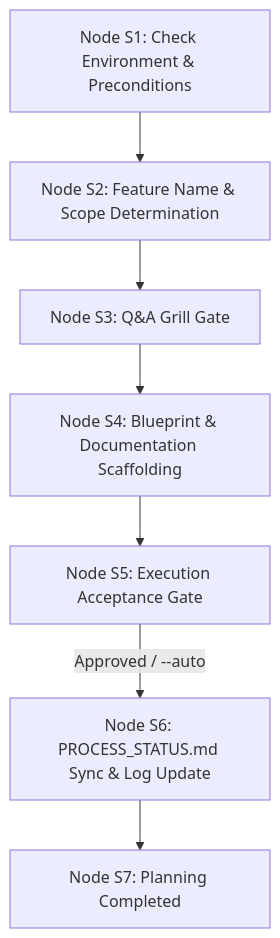
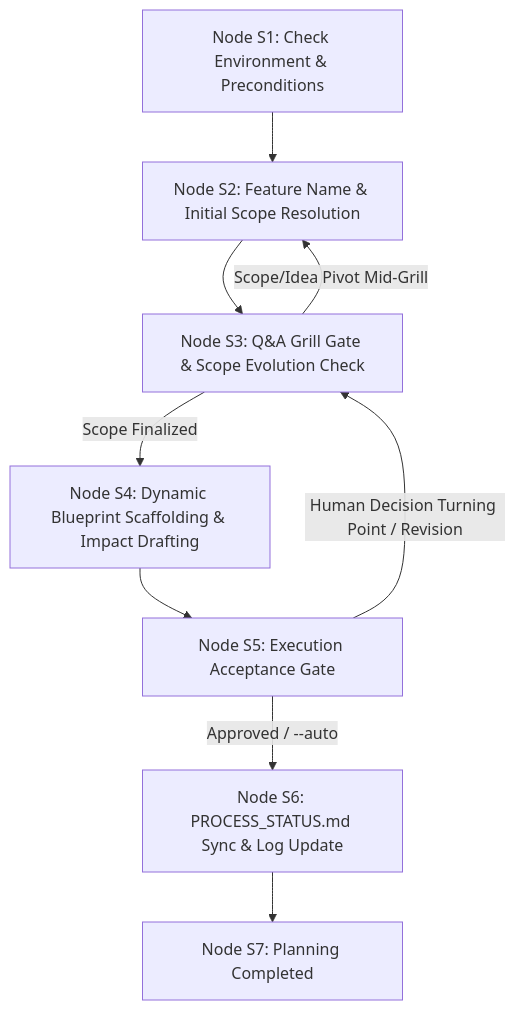
The second of 3 diagrams in fullstack_software_dev/plan/plan_workflow.md (hrvthgergo/agent-driven-templates), drawn with Mermaid before and after one commit. The commit also changed other lines of this file, not shown here.

Commit message:
docs(plan): refine plan_workflow.md with elastic design philosophy, dynamic scope, and taxonomy

````diff
--- a/fullstack_software_dev/plan/plan_workflow.md
+++ b/fullstack_software_dev/plan/plan_workflow.md
@@ -86,9 +114,11 @@
 ```mermaid
 graph TD
-    S1[Node S1: Check Environment & Preconditions] --> S2[Node S2: Feature Name & Scope Determination]
-    S2 --> S3[Node S3: Q&A Grill Gate]
-    S3 --> S4[Node S4: Blueprint & Documentation Scaffolding]
+    S1[Node S1: Check Environment & Preconditions] --> S2[Node S2: Feature Name & Initial Scope Resolution]
+    S2 --> S3[Node S3: Q&A Grill Gate & Scope Evolution Check]
+    S3 -->|Scope/Idea Pivot Mid-Grill| S2
+    S3 -->|Scope Finalized| S4[Node S4: Dynamic Blueprint Scaffolding & Impact Drafting]
     S4 --> S5[Node S5: Execution Acceptance Gate]
+    S5 -->|Human Decision Turning Point / Revision| S3
     S5 -->|Approved / --auto| S6[Node S6: PROCESS_STATUS.md Sync & Log Update]
     S6 --> S7[Node S7: Planning Completed]
 ```
````
